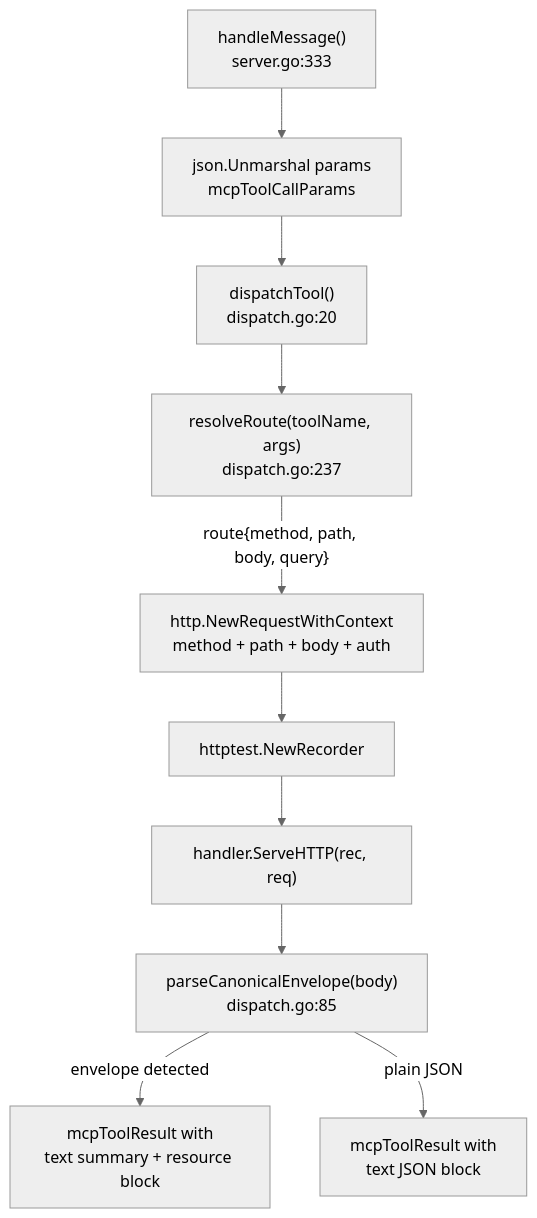
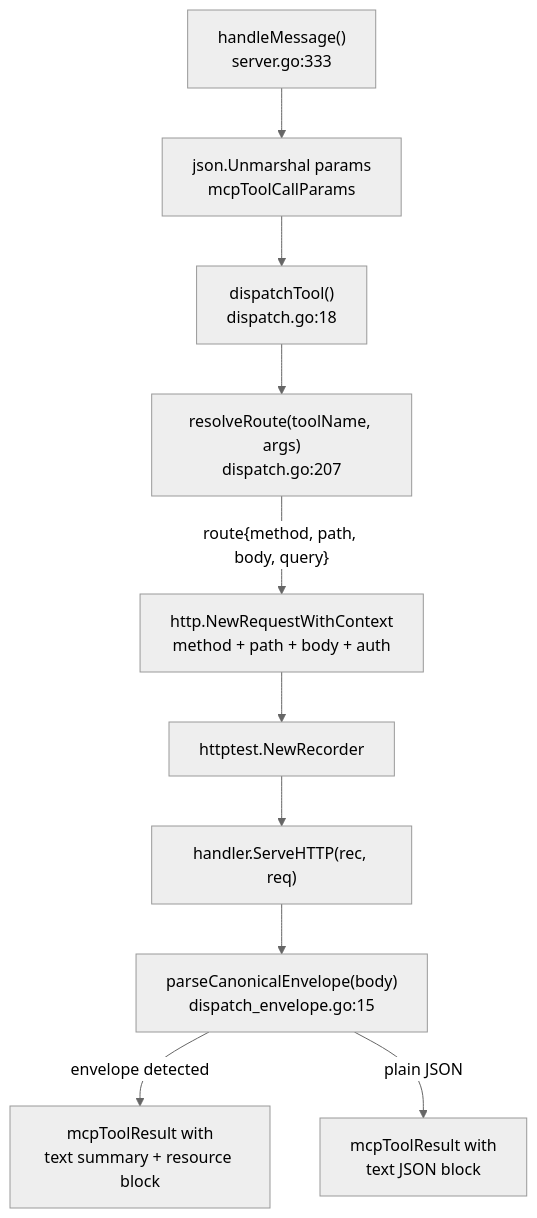
Before and after one commit to eshu-hq/eshu: the second of 2 diagrams in go/internal/mcp/README.md, drawn with Mermaid (neutral theme). The commit also changed other lines of this file and 26 other files, not shown here.

````diff
--- a/go/internal/mcp/README.md
+++ b/go/internal/mcp/README.md
@@ -36,23 +36,23 @@
 ```mermaid
 flowchart TB
     hm["handleMessage()\nserver.go:333"]
     parse["json.Unmarshal params\nmcpToolCallParams"]
-    dt["dispatchTool()\ndispatch.go:20"]
-    rr["resolveRoute(toolName, args)\ndispatch.go:237"]
+    dt["dispatchTool()\ndispatch.go:18"]
+    rr["resolveRoute(toolName, args)\ndispatch.go:207"]
     req["http.NewRequestWithContext\nmethod + path + body + auth"]
     rec["httptest.NewRecorder"]
     serve["handler.ServeHTTP(rec, req)"]
-    pce["parseCanonicalEnvelope(body)\ndispatch.go:85"]
+    pce["parseCanonicalEnvelope(body)\ndispatch_envelope.go:15"]
     envelope["mcpToolResult with\ntext summary + resource block"]
     plain["mcpToolResult with\ntext JSON block"]
 
     hm --> parse
     parse --> dt
     dt --> rr
     rr -->|"route{method, path, body, query}"| req
     req --> rec
     rec --> serve
     serve --> pce
     pce -->|"envelope detected"| envelope
     pce -->|"plain JSON"| plain
 ```
````
